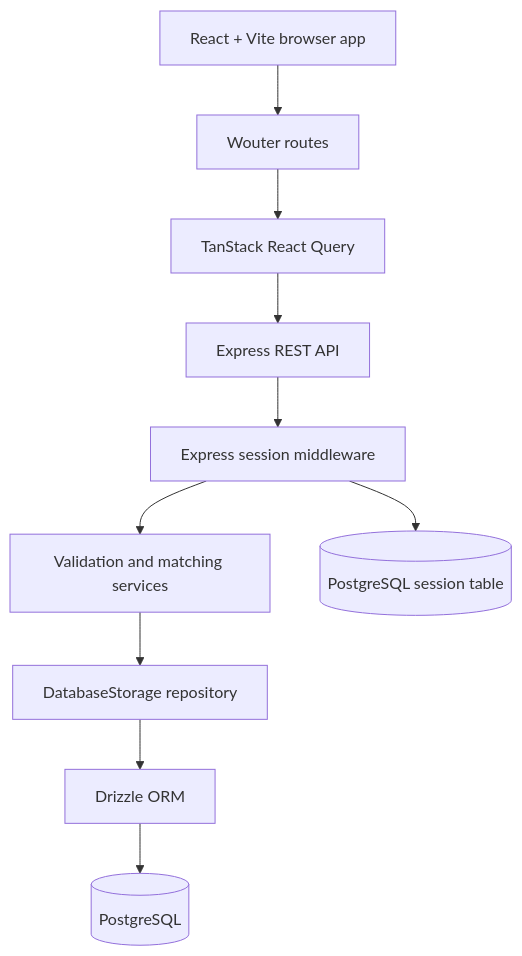
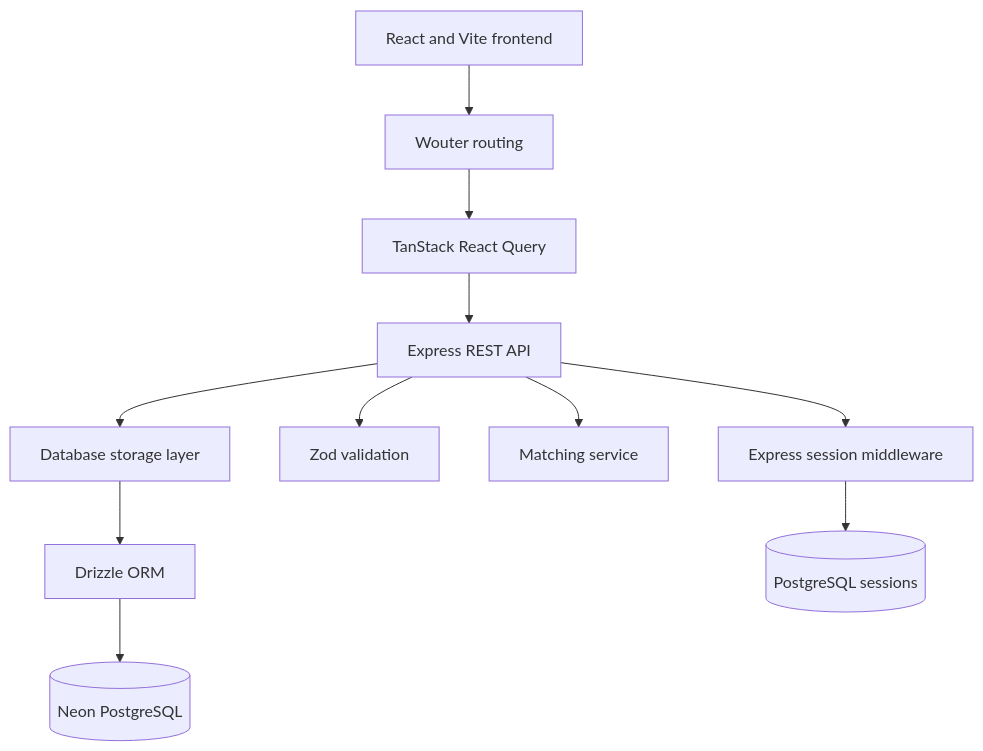
Before and after one commit to amlan-13767/Skill-Swap-PLatform: the diagram in README.md, drawn with Mermaid. The commit also changed other lines of this file, not shown here.

````diff
--- a/README.md
+++ b/README.md
@@ -204,23 +194,25 @@
 ```mermaid
 flowchart TD
-    Browser[React + Vite browser app]
-    Router[Wouter routes]
+    Browser[React and Vite frontend]
+    Router[Wouter routing]
     Query[TanStack React Query]
     API[Express REST API]
-    Auth[Express session middleware]
-    Services[Validation and matching services]
-    Storage[DatabaseStorage repository]
-    Drizzle[Drizzle ORM]
-    PostgreSQL[(PostgreSQL)]
-    SessionTable[(PostgreSQL session table)]
+    Session[Express session middleware]
+    Validation[Zod validation]
+    Matching[Matching service]
+    Storage[Database storage layer]
+    ORM[Drizzle ORM]
+    DB[(Neon PostgreSQL)]
+    SessionDB[(PostgreSQL sessions)]
 
     Browser --> Router
     Router --> Query
     Query --> API
-    API --> Auth
-    Auth --> Services
-    Services --> Storage
-    Storage --> Drizzle
-    Drizzle --> PostgreSQL
-    Auth --> SessionTable
+    API --> Session
+    Session --> SessionDB
+    API --> Validation
+    API --> Matching
+    API --> Storage
+    Storage --> ORM
+    ORM --> DB
 ```
````
